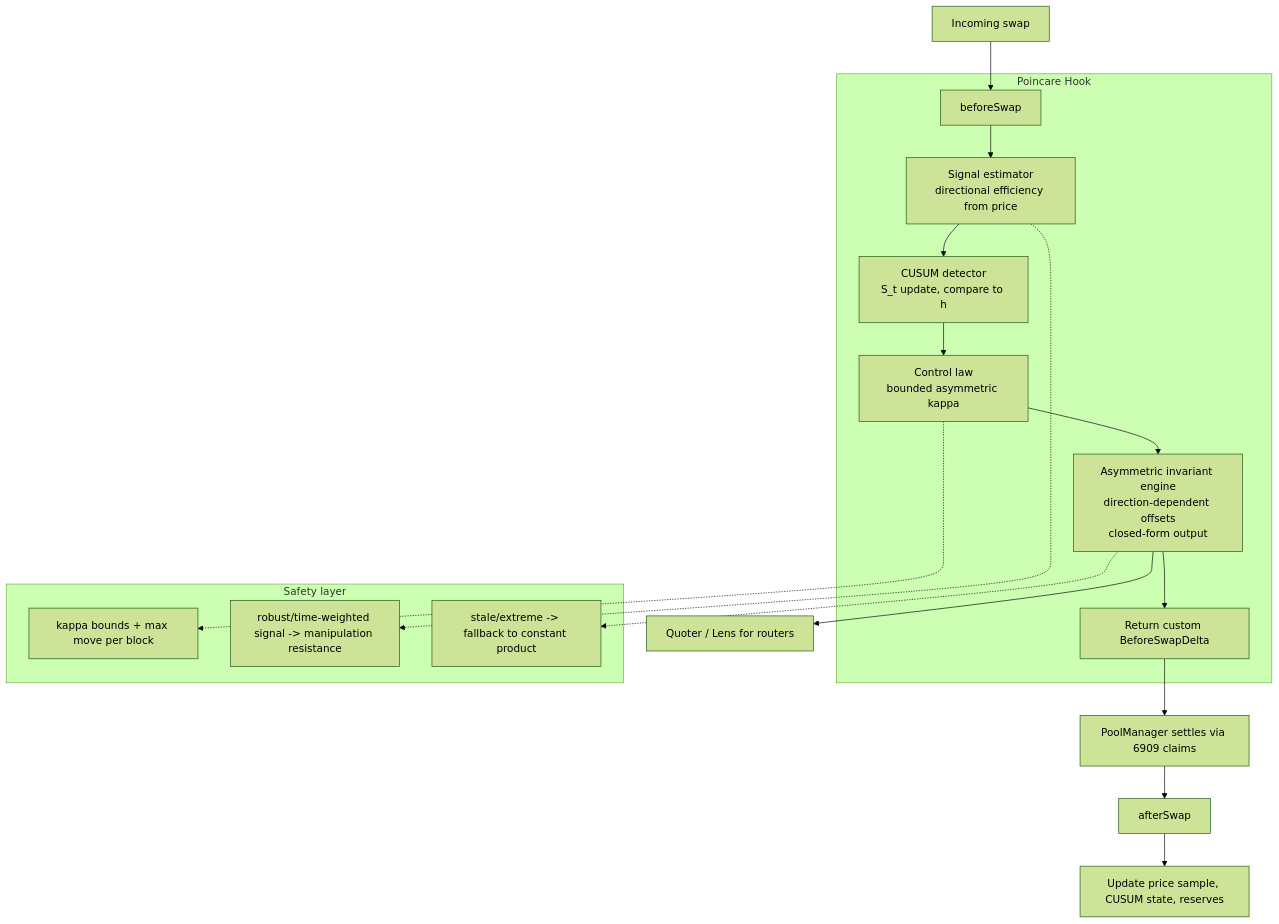
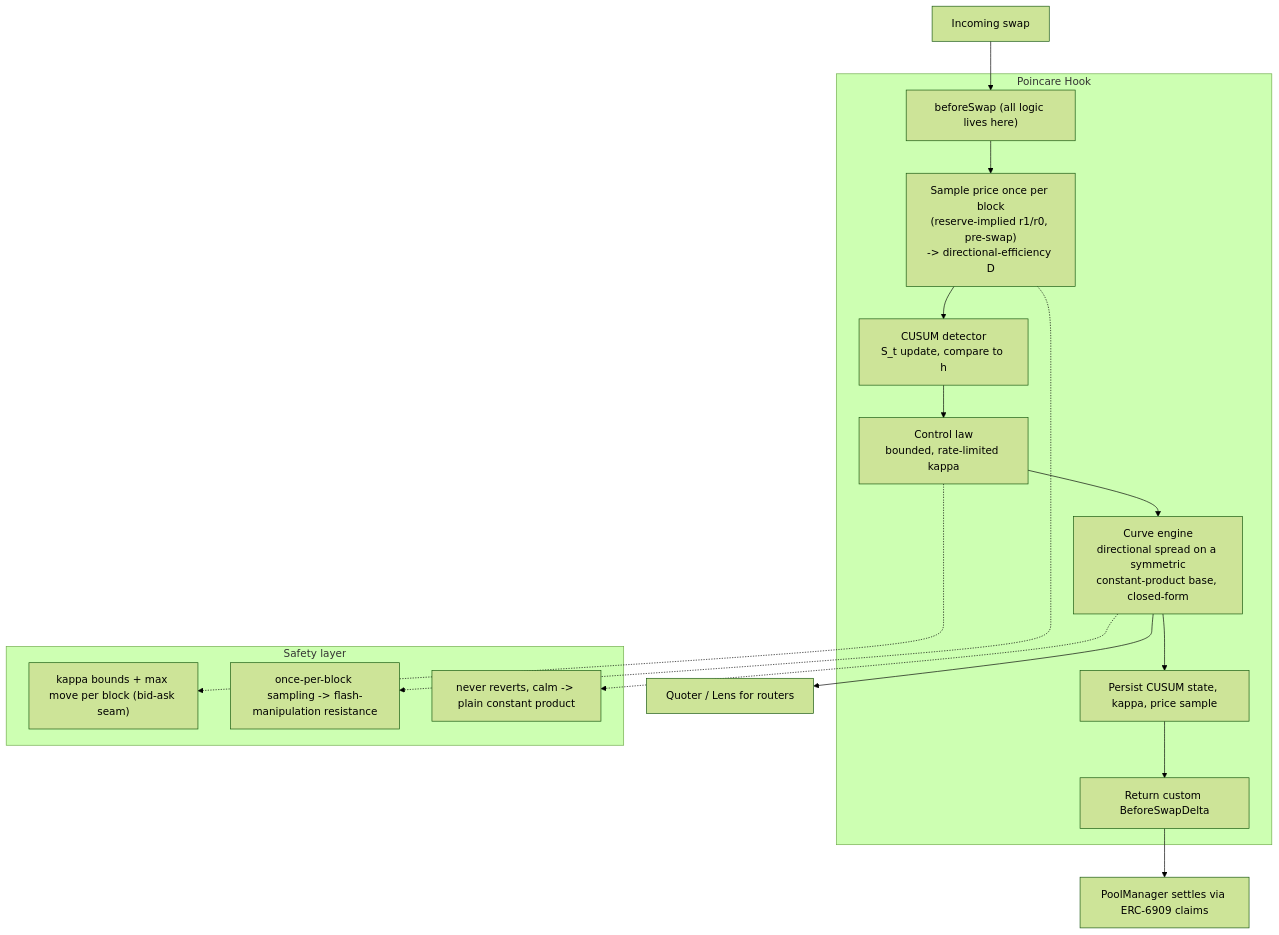
One commit to Prakhar-30/POINCARE changed the second of 5 diagrams in README.md. Above: the diagram before and after it, drawn with Mermaid (forest theme). The commit also changed other lines of this file and 57 other files, not shown here.

````diff
--- a/README.md
+++ b/README.md
@@ -104,23 +111,22 @@
 ```mermaid
 flowchart TD
-    SWAP["Incoming swap"] --> BS["beforeSwap"]
+    SWAP["Incoming swap"] --> BS["beforeSwap (all logic lives here)"]
     subgraph HOOK["Poincare Hook"]
-        BS --> EST["Signal estimator<br/>directional efficiency from price"]
+        BS --> EST["Sample price once per block<br/>(reserve-implied r1/r0, pre-swap)<br/>-> directional-efficiency D"]
         EST --> DET["CUSUM detector<br/>S_t update, compare to h"]
-        DET --> LAW["Control law<br/>bounded asymmetric kappa"]
-        LAW --> INV["Asymmetric invariant engine<br/>direction-dependent offsets<br/>closed-form output"]
-        INV --> DELTA["Return custom BeforeSwapDelta"]
+        DET --> LAW["Control law<br/>bounded, rate-limited kappa"]
+        LAW --> INV["Curve engine<br/>directional spread on a symmetric<br/>constant-product base, closed-form"]
+        INV --> PERSIST["Persist CUSUM state, kappa, price sample"]
+        PERSIST --> DELTA["Return custom BeforeSwapDelta"]
     end
-    DELTA --> SETTLE["PoolManager settles via 6909 claims"]
-    SETTLE --> AS["afterSwap"]
-    AS --> ACCT["Update price sample, CUSUM state, reserves"]
+    DELTA --> SETTLE["PoolManager settles via ERC-6909 claims"]
     subgraph SAFETY["Safety layer"]
-        BND["kappa bounds + max move per block"]
-        ROB["robust/time-weighted signal -> manipulation resistance"]
-        CB["stale/extreme -> fallback to constant product"]
+        BND["kappa bounds + max move per block (bid-ask seam)"]
+        ROB["once-per-block sampling -> flash-manipulation resistance"]
+        CB["never reverts, calm -> plain constant product"]
     end
     EST -.-> ROB
     LAW -.-> BND
     INV -.-> CB
     INV --> LENS["Quoter / Lens for routers"]
 ```
````
